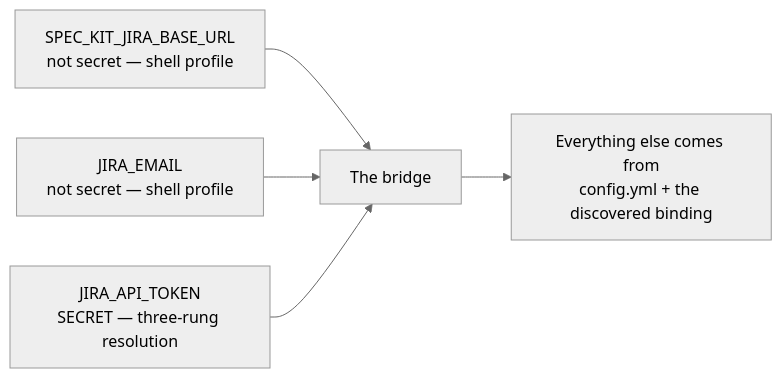
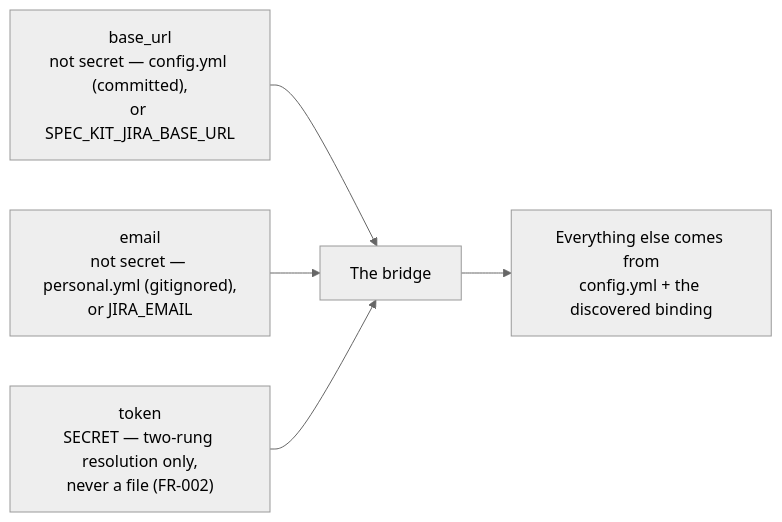
The fourth of 5 diagrams in docs/07-configuration-and-secrets.md (Fyloss/spec-kit-jira), drawn with Mermaid (neutral theme) before and after one commit. The commit also changed other lines of this file and 116 other files, not shown here.

First line of the commit message:
feat(jira)!: retire .env credential rung, add JIRA_PAT_COMMAND (#43)

````diff
--- a/docs/07-configuration-and-secrets.md
+++ b/docs/07-configuration-and-secrets.md
@@ -109,7 +126,7 @@
 ```mermaid
 flowchart LR
-    S1["SPEC_KIT_JIRA_BASE_URL<br/>not secret — shell profile"] --> Bridge
-    S2["JIRA_EMAIL<br/>not secret — shell profile"] --> Bridge
-    S3["JIRA_API_TOKEN<br/>SECRET — three-rung resolution"] --> Bridge
+    S1["base_url<br/>not secret — config.yml (committed),<br/>or SPEC_KIT_JIRA_BASE_URL"] --> Bridge
+    S2["email<br/>not secret — personal.yml (gitignored),<br/>or JIRA_EMAIL"] --> Bridge
+    S3["token<br/>SECRET — two-rung resolution only,<br/>never a file (FR-002)"] --> Bridge
     Bridge["The bridge"] --> Rest["Everything else comes from<br/>config.yml + the discovered binding"]
 ```
````
